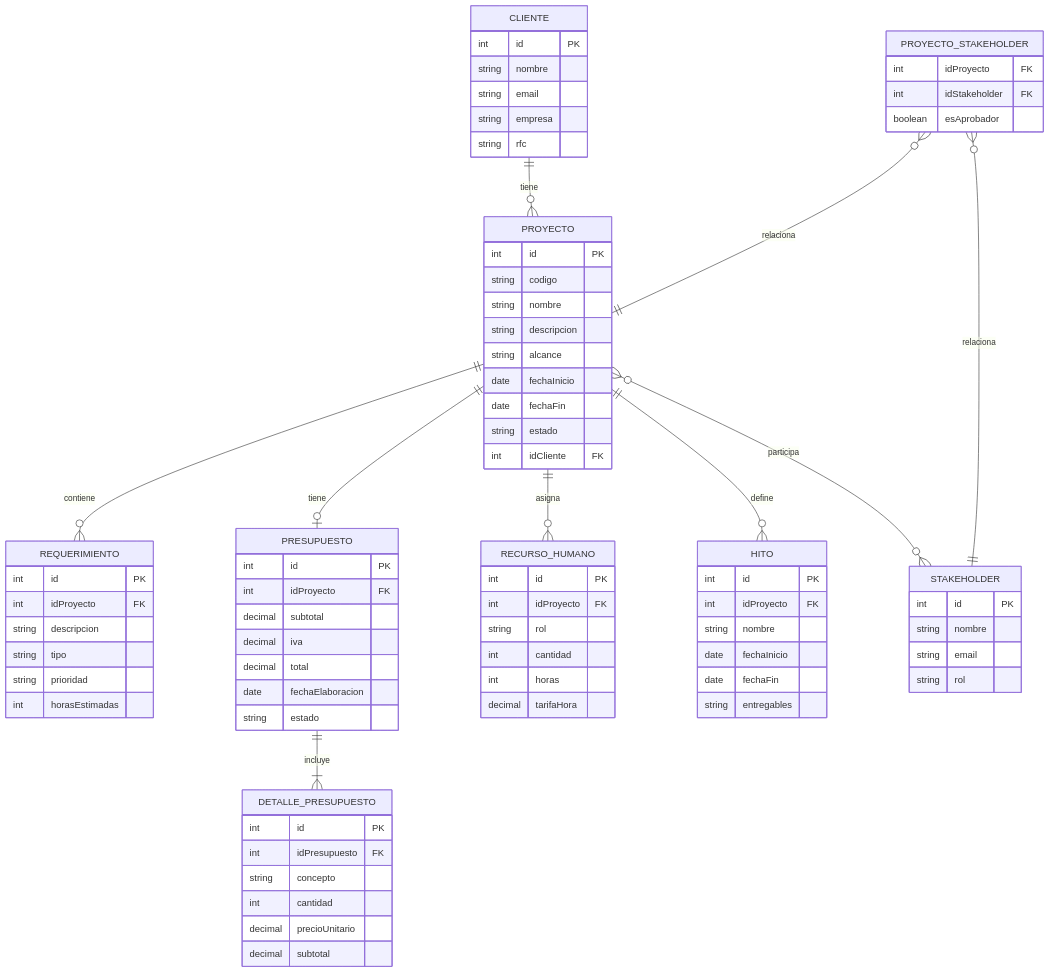
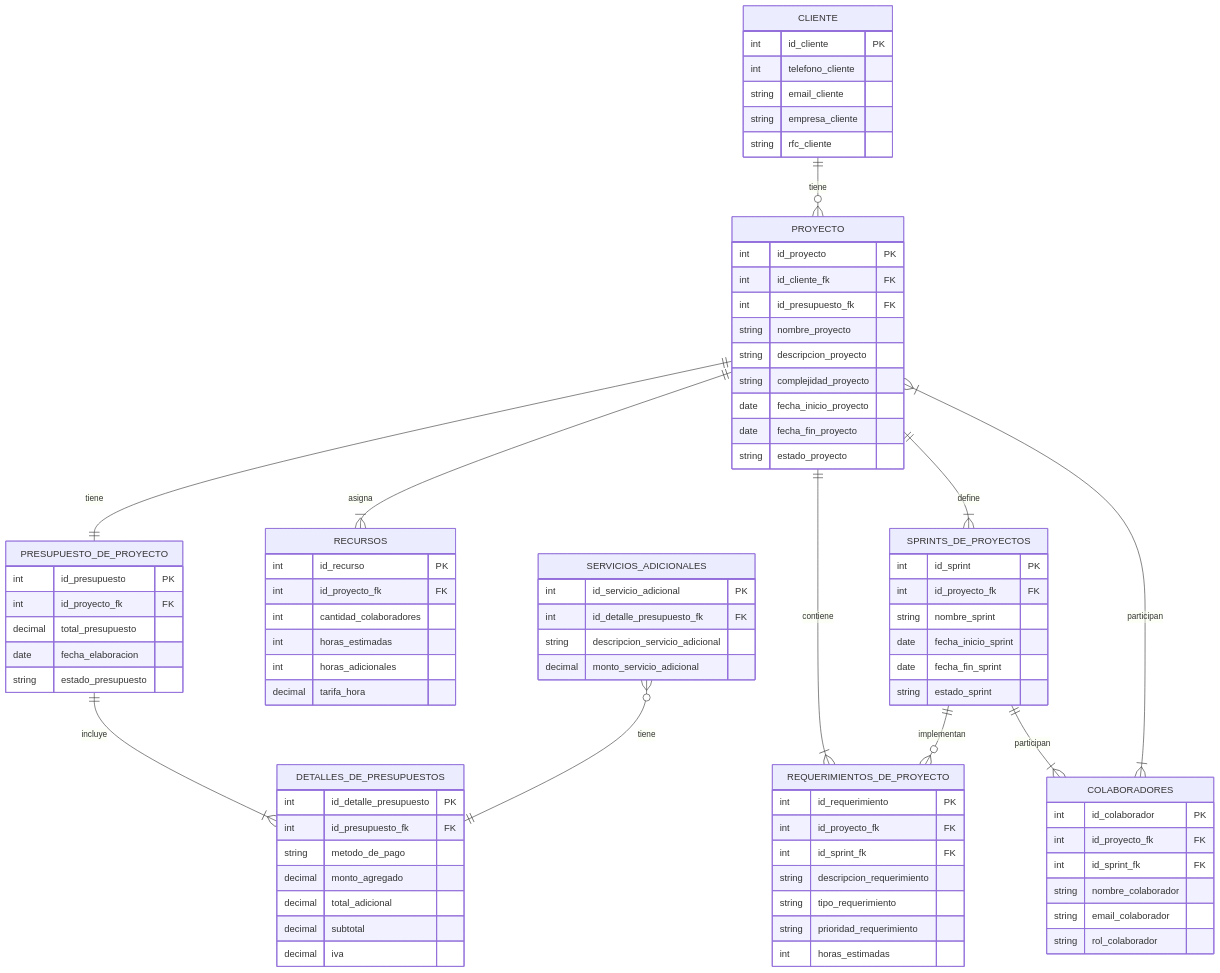
The diagram in target/classes/Diagramas/Diagrama ER.mermaid (Pollix27/NGINX-Start_project), drawn with Mermaid before and after one commit. The commit also changed 41 other files, not shown here.

```diff
--- a/target/classes/Diagramas/Diagrama ER.mermaid
+++ b/target/classes/Diagramas/Diagrama ER.mermaid
@@ -1,89 +1,96 @@
 erDiagram
     CLIENTE ||--o{ PROYECTO : "tiene"
-    PROYECTO ||--o{ REQUERIMIENTO : "contiene"
-    PROYECTO ||--o| PRESUPUESTO : "tiene"
-    PRESUPUESTO ||--|{ DETALLE_PRESUPUESTO : "incluye"
-    PROYECTO ||--o{ RECURSO_HUMANO : "asigna"
-    PROYECTO ||--o{ HITO : "define"
-    PROYECTO }o--o{ STAKEHOLDER : "participa"
-    PROYECTO_STAKEHOLDER }o--|| PROYECTO : "relaciona"
-    PROYECTO_STAKEHOLDER }o--|| STAKEHOLDER : "relaciona"
+    PROYECTO ||--|| PRESUPUESTO_DE_PROYECTO : "tiene"
+    PRESUPUESTO_DE_PROYECTO ||--|{DETALLES_DE_PRESUPUESTOS : "incluye"
+    PROYECTO ||--|{ RECURSOS : "asigna"
+    PROYECTO ||--|{ SPRINTS_DE_PROYECTOS  : "define"
+    PROYECTO ||--|{ REQUERIMIENTOS_DE_PROYECTO : "contiene"
+    SPRINTS_DE_PROYECTOS ||--o{REQUERIMIENTOS_DE_PROYECTO : "implementan"
+    SPRINTS_DE_PROYECTOS ||--|{COLABORADORES : "participan"
+    PROYECTO }|--|{ COLABORADORES : "participan"
+    SERVICIOS_ADICIONALES}o--|| DETALLES_DE_PRESUPUESTOS : "tiene"
+
+
 
     CLIENTE {
-        int id PK
-        string nombre
-        string email
-        string empresa
-        string rfc
+        int id_cliente PK
+        int telefono_cliente
+        string email_cliente
+        string empresa_cliente
+        string rfc_cliente
     }
 
     PROYECTO {
-        int id PK
-        string codigo
-        string nombre
-        string descripcion
-        string alcance
-        date fechaInicio
-        date fechaFin
-        string estado
-        int idCliente FK
+        int id_proyecto PK
+        int id_cliente_fk FK
+        int id_presupuesto_fk FK
+        string nombre_proyecto
+        string descripcion_proyecto
+        string complejidad_proyecto
+        date fecha_inicio_proyecto
+        date fecha_fin_proyecto
+        string estado_proyecto
     }
 
-    REQUERIMIENTO {
-        int id PK
-        int idProyecto FK
-        string descripcion
-        string tipo
-        string prioridad
-        int horasEstimadas
+    REQUERIMIENTOS_DE_PROYECTO {
+        int id_requerimiento PK
+        int id_proyecto_fk FK
+        int id_sprint_fk FK
+        string descripcion_requerimiento
+        string tipo_requerimiento
+        string prioridad_requerimiento
+        int horas_estimadas
     }
 
-    PRESUPUESTO {
-        int id PK
-        int idProyecto FK
+    PRESUPUESTO_DE_PROYECTO {
+        int id_presupuesto PK
+        int id_proyecto_fk FK
+        decimal total_presupuesto
+        date fecha_elaboracion
+        string estado_presupuesto
+    }
+
+    DETALLES_DE_PRESUPUESTOS {
+        int id_detalle_presupuesto PK
+        int id_presupuesto_fk FK
+        string metodo_de_pago
+        decimal monto_agregado
+        decimal total_adicional
         decimal subtotal
         decimal iva
-        decimal total
-        date fechaElaboracion
-        string estado
     }
 
-    DETALLE_PRESUPUESTO {
-        int id PK
-        int idPresupuesto FK
-        string concepto
-        int cantidad
-        decimal precioUnitario
-        decimal subtotal
+    RECURSOS {
+        int id_recurso PK
+        int id_proyecto_fk FK
+        int cantidad_colaboradores
+        int horas_estimadas
+        int horas_adicionales
+        decimal tarifa_hora
     }
 
-    RECURSO_HUMANO {
-        int id PK
-        int idProyecto FK
-        string rol
-        int cantidad
-        int horas
-        decimal tarifaHora
+    SPRINTS_DE_PROYECTOS {
+        int id_sprint PK
+        int id_proyecto_fk FK
+        string nombre_sprint
+        date fecha_inicio_sprint
+        date fecha_fin_sprint
+        string estado_sprint
     }
 
-    HITO {
-        int id PK
-        int idProyecto FK
-        string nombre
-        date fechaInicio
-        date fechaFin
-        string entregables
+    COLABORADORES {
+        int id_colaborador PK
+        int id_proyecto_fk FK
+        int id_sprint_fk FK
+        string nombre_colaborador
+        string email_colaborador
+        string rol_colaborador
     }
 
-    STAKEHOLDER {
-        int id PK
-        string nombre
-        string email
-        string rol
+    SERVICIOS_ADICIONALES{
+        int id_servicio_adicional PK
+        int id_detalle_presupuesto_fk FK
+        string descripcion_servicio_adicional
+        decimal monto_servicio_adicional
+
     }
-
-    PROYECTO_STAKEHOLDER {
-        int idProyecto FK
-        int idStakeholder FK
-        boolean esAprobador
-    }
```
